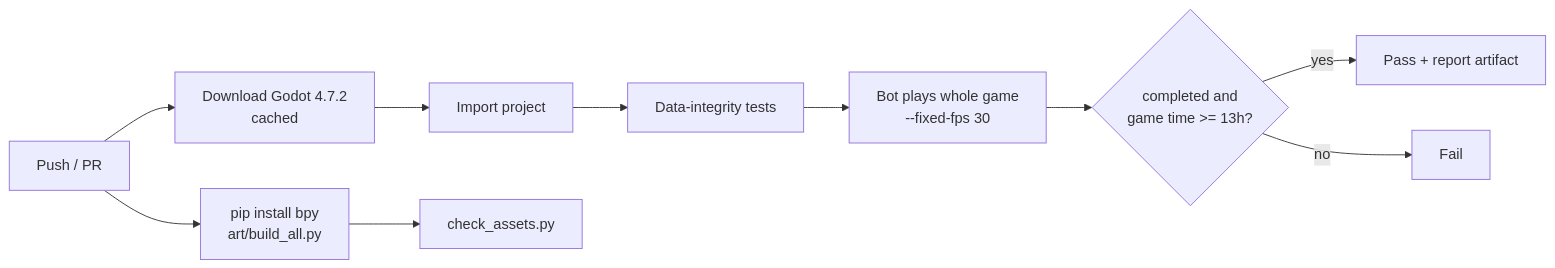
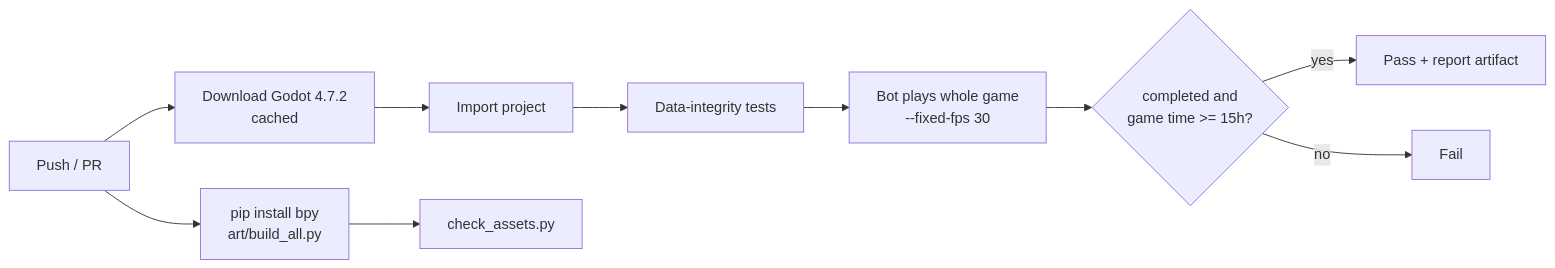
Diagram 24 of 24 in README.md (jgyy/timegox), drawn with Mermaid before and after one commit. The commit also changed other lines of this file and 31 other files, not shown here.

````diff
--- a/README.md
+++ b/README.md
@@ -1326,11 +1517,11 @@
 ```mermaid
 flowchart LR
     PR[Push / PR] --> DL[Download Godot 4.7.2<br/>cached]
     DL --> IMP[Import project]
     IMP --> T[Data-integrity tests]
     T --> B[Bot plays whole game<br/>--fixed-fps 30]
-    B --> G{completed and<br/>game time >= 13h?}
+    B --> G{completed and<br/>game time >= 15h?}
     PR --> ART[pip install bpy<br/>art/build_all.py] --> CHK[check_assets.py]
     G -- yes --> OK[Pass + report artifact]
     G -- no --> FAIL[Fail]
 ```
````
